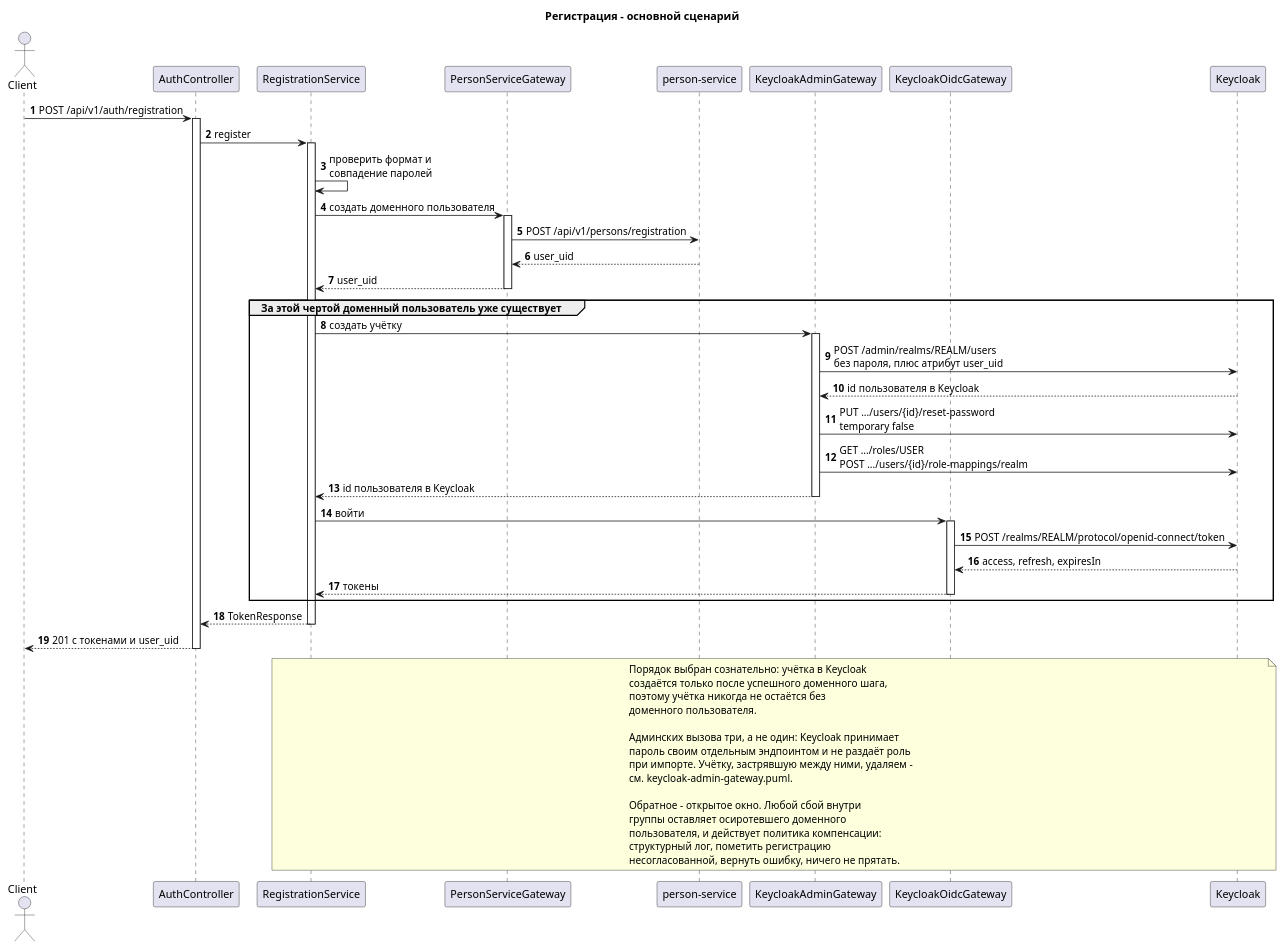
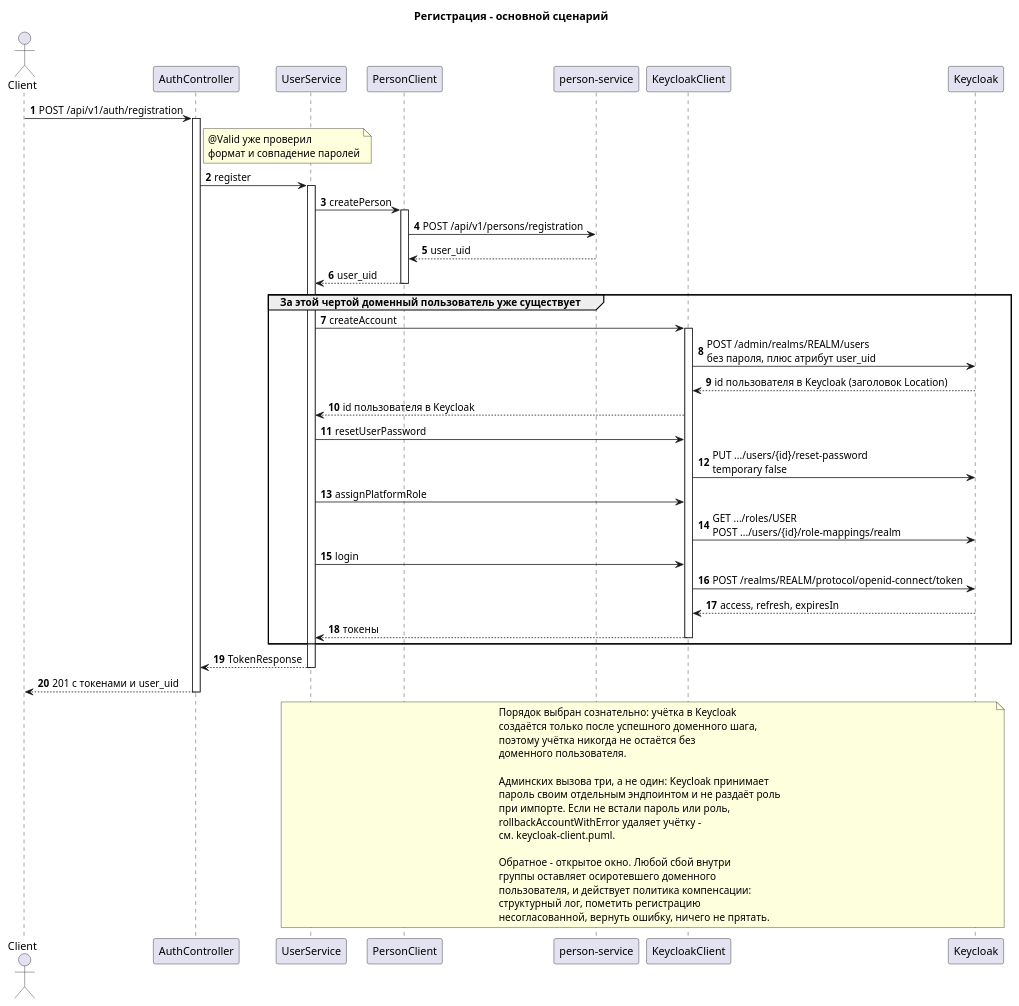
The diagram in docs/puml-ru/registration-sequence.puml (dezxxx/payment-platform), drawn with PlantUML before and after one commit. The commit also changed 91 other files, not shown here.

First line of the commit message:
refactor: follow the teacher's component diagram and build inside Docker

```diff
--- a/docs/puml-ru/registration-sequence.puml
+++ b/docs/puml-ru/registration-sequence.puml
@@ -1,71 +1,69 @@
 @startuml registration
 title Регистрация - основной сценарий
 
 autonumber
 skinparam shadowing false
 
 actor Client
 participant "AuthController" as Ctl
-participant "RegistrationService" as Svc
-participant "PersonServiceGateway" as PGw
+participant "UserService" as Svc
+participant "PersonClient" as PCl
 participant "person-service" as Per
-participant "KeycloakAdminGateway" as AGw
-participant "KeycloakOidcGateway" as OGw
+participant "KeycloakClient" as KCl
 participant "Keycloak" as Kc
 
 Client -> Ctl : POST /api/v1/auth/registration
 activate Ctl
+note right of Ctl : @Valid уже проверил\nформат и совпадение паролей
 Ctl -> Svc : register
 activate Svc
 
-Svc -> Svc : проверить формат и\nсовпадение паролей
-
-Svc -> PGw : создать доменного пользователя
-activate PGw
-PGw -> Per : POST /api/v1/persons/registration
-Per --> PGw : user_uid
-PGw --> Svc : user_uid
-deactivate PGw
+Svc -> PCl : createPerson
+activate PCl
+PCl -> Per : POST /api/v1/persons/registration
+Per --> PCl : user_uid
+PCl --> Svc : user_uid
+deactivate PCl
 
 group За этой чертой доменный пользователь уже существует
-  Svc -> AGw : создать учётку
-  activate AGw
-  AGw -> Kc : POST /admin/realms/REALM/users\nбез пароля, плюс атрибут user_uid
-  Kc --> AGw : id пользователя в Keycloak
-  AGw -> Kc : PUT .../users/{id}/reset-password\ntemporary false
-  AGw -> Kc : GET .../roles/USER\nPOST .../users/{id}/role-mappings/realm
-  AGw --> Svc : id пользователя в Keycloak
-  deactivate AGw
-
-  Svc -> OGw : войти
-  activate OGw
-  OGw -> Kc : POST /realms/REALM/protocol/openid-connect/token
-  Kc --> OGw : access, refresh, expiresIn
-  OGw --> Svc : токены
-  deactivate OGw
+  Svc -> KCl : createAccount
+  activate KCl
+  KCl -> Kc : POST /admin/realms/REALM/users\nбез пароля, плюс атрибут user_uid
+  Kc --> KCl : id пользователя в Keycloak (заголовок Location)
+  KCl --> Svc : id пользователя в Keycloak
+  Svc -> KCl : resetUserPassword
+  KCl -> Kc : PUT .../users/{id}/reset-password\ntemporary false
+  Svc -> KCl : assignPlatformRole
+  KCl -> Kc : GET .../roles/USER\nPOST .../users/{id}/role-mappings/realm
+  Svc -> KCl : login
+  KCl -> Kc : POST /realms/REALM/protocol/openid-connect/token
+  Kc --> KCl : access, refresh, expiresIn
+  KCl --> Svc : токены
+  deactivate KCl
 end
 
 Svc --> Ctl : TokenResponse
 deactivate Svc
 Ctl --> Client : 201 с токенами и user_uid
 deactivate Ctl
 
 note over Svc, Kc
   Порядок выбран сознательно: учётка в Keycloak
   создаётся только после успешного доменного шага,
   поэтому учётка никогда не остаётся без
   доменного пользователя.
 
   Админских вызова три, а не один: Keycloak принимает
   пароль своим отдельным эндпоинтом и не раздаёт роль
-  при импорте. Учётку, застрявшую между ними, удаляем -
-  см. keycloak-admin-gateway.puml.
+  при импорте. Если не встали пароль или роль,
+  rollbackAccountWithError удаляет учётку -
+  см. keycloak-client.puml.
 
   Обратное - открытое окно. Любой сбой внутри
   группы оставляет осиротевшего доменного
   пользователя, и действует политика компенсации:
   структурный лог, пометить регистрацию
   несогласованной, вернуть ошибку, ничего не прятать.
 end note
 
 @enduml
```
